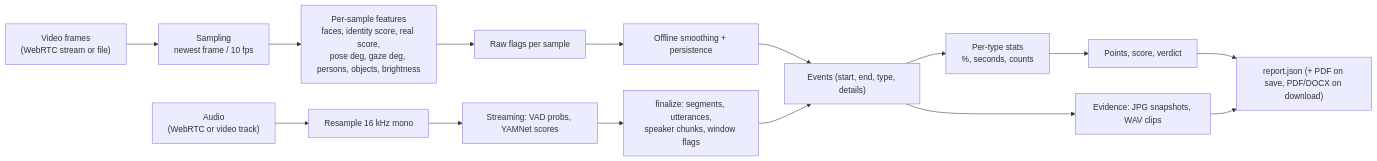
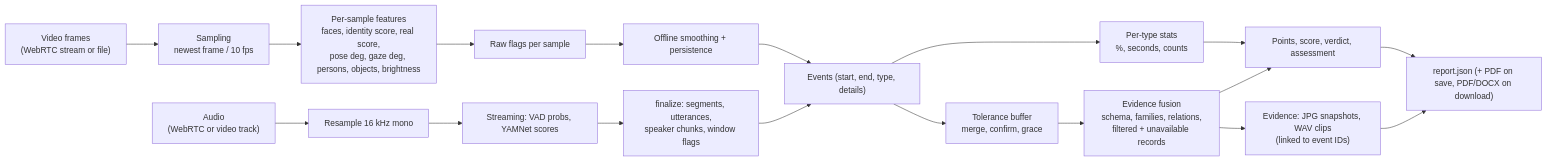
One commit to Cleancode16/major-project-online-proctoring changed the eighth of 8 diagrams in README.md. Above: the diagram before and after it, drawn with Mermaid. The commit also changed other lines of this file, not shown here.

````diff
--- a/README.md
+++ b/README.md
@@ -973,17 +1018,20 @@
 ```mermaid
 flowchart LR
     V["Video frames<br/>(WebRTC stream or file)"] --> SV["Sampling<br/>newest frame / 10 fps"]
     A["Audio<br/>(WebRTC or video track)"] --> RS["Resample 16 kHz mono"]
     SV --> PV["Per-sample features<br/>faces, identity score, real score,<br/>pose deg, gaze deg, persons, objects, brightness"]
     RS --> PA["Streaming: VAD probs, YAMNet scores"]
     PV --> RF["Raw flags per sample"]
     PA --> FA["finalize: segments, utterances,<br/>speaker chunks, window flags"]
     RF --> FF["Offline smoothing + persistence"]
     FF --> EVT["Events (start, end, type, details)"]
     FA --> EVT
     EVT --> ST["Per-type stats<br/>%, seconds, counts"]
-    ST --> SC["Points, score, verdict"]
-    EVT --> EVD["Evidence: JPG snapshots, WAV clips"]
+    EVT --> BUF["Tolerance buffer<br/>merge, confirm, grace"]
+    BUF --> FUS["Evidence fusion<br/>schema, families, relations,<br/>filtered + unavailable records"]
+    ST --> SC["Points, score, verdict, assessment"]
+    FUS --> SC
+    FUS --> EVD["Evidence: JPG snapshots, WAV clips<br/>(linked to event IDs)"]
     SC --> RP["report.json (+ PDF on save, PDF/DOCX on download)"]
     EVD --> RP
 ```
````
